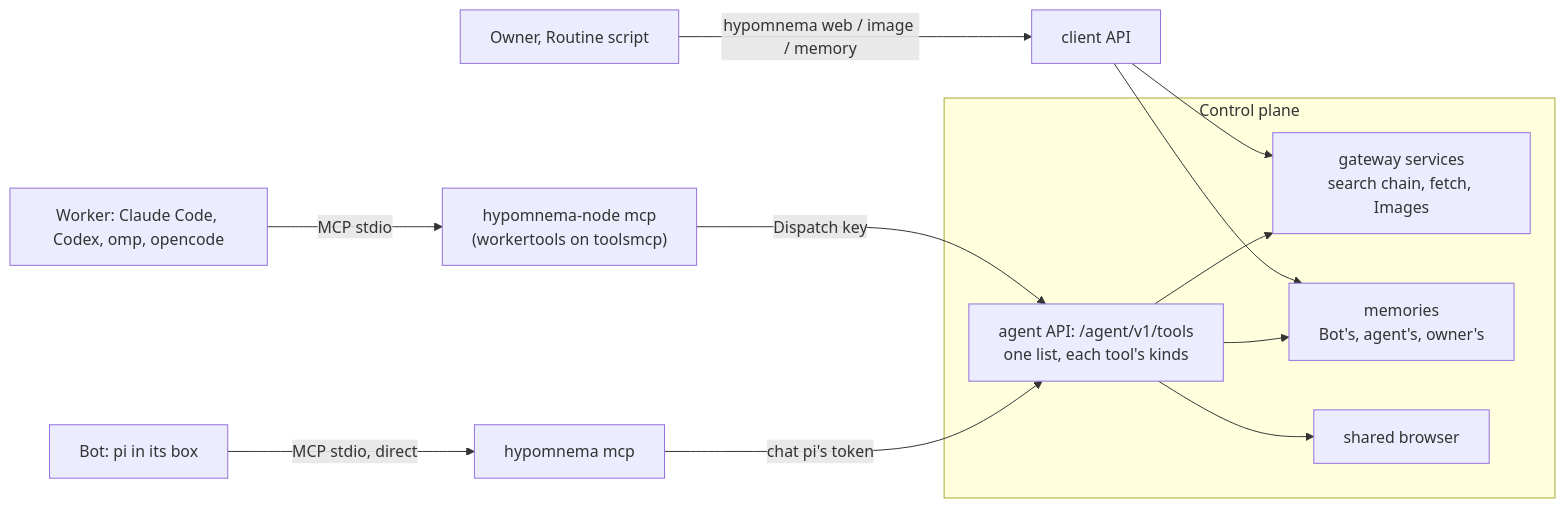
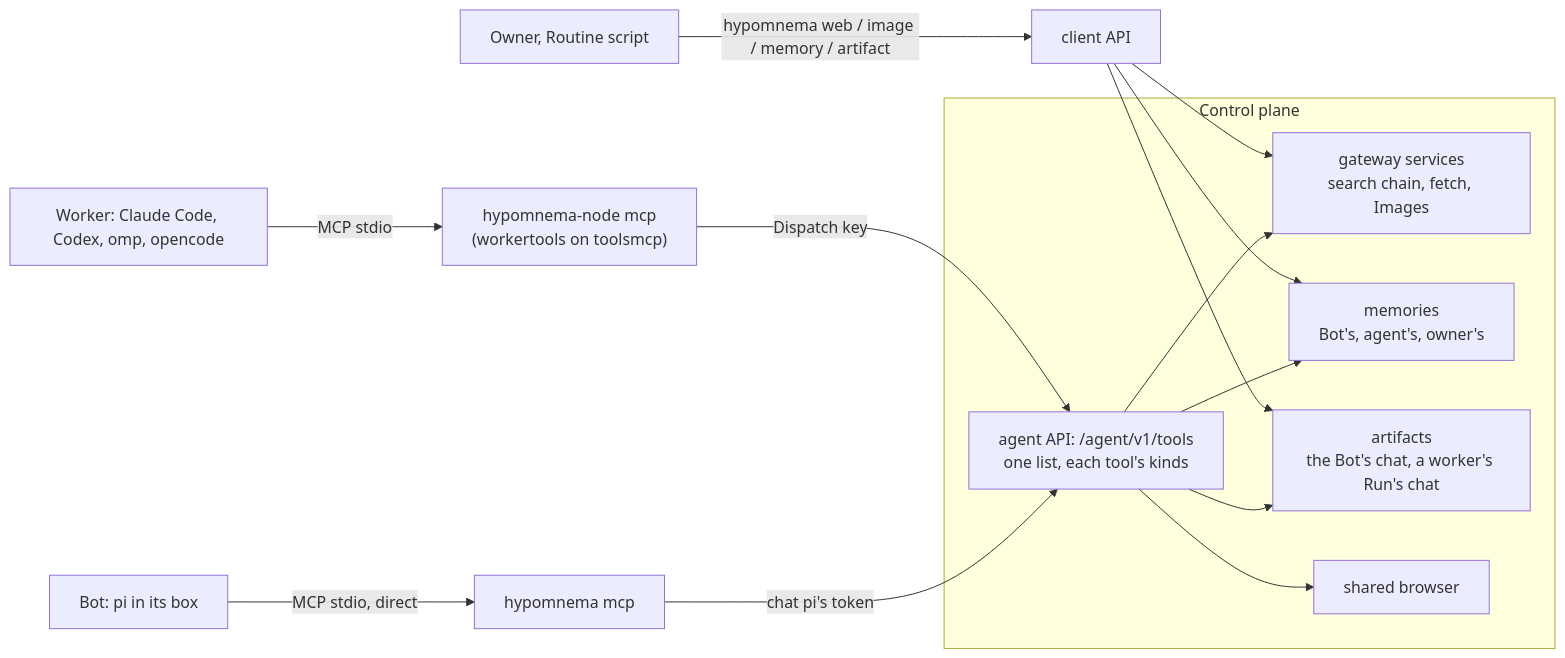
The sixth of 6 diagrams in ARCHITECTURE.md (kl3inIT/hypomnema), drawn with Mermaid before and after one commit. The commit also changed other lines of this file and 38 other files, not shown here.

First line of the commit message:
feat(artifacts): show_artifact for Bots and workers (#536)

````diff
--- a/ARCHITECTURE.md
+++ b/ARCHITECTURE.md
@@ -2465,12 +2479,14 @@
 ```mermaid
 flowchart LR
     subgraph CP["Control plane"]
         L["agent API: /agent/v1/tools<br/>one list, each tool's kinds"] --> G["gateway services<br/>search chain, fetch, Images"]
         L --> M["memories<br/>Bot's, agent's, owner's"]
+        L --> A["artifacts<br/>the Bot's chat, a worker's Run's chat"]
         L --> BR["shared browser"]
     end
     P["Bot: pi in its box"] -- "MCP stdio, direct" --> B["hypomnema mcp"] -- "chat pi's token" --> L
     W["Worker: Claude Code, Codex, omp, opencode"] -- "MCP stdio" --> N["hypomnema-node mcp<br/>(workertools on toolsmcp)"] -- "Dispatch key" --> L
-    O["Owner, Routine script"] -- "hypomnema web / image / memory" --> C["client API"] --> G
+    O["Owner, Routine script"] -- "hypomnema web / image / memory / artifact" --> C["client API"] --> G
     C --> M
+    C --> A
 ```
````
